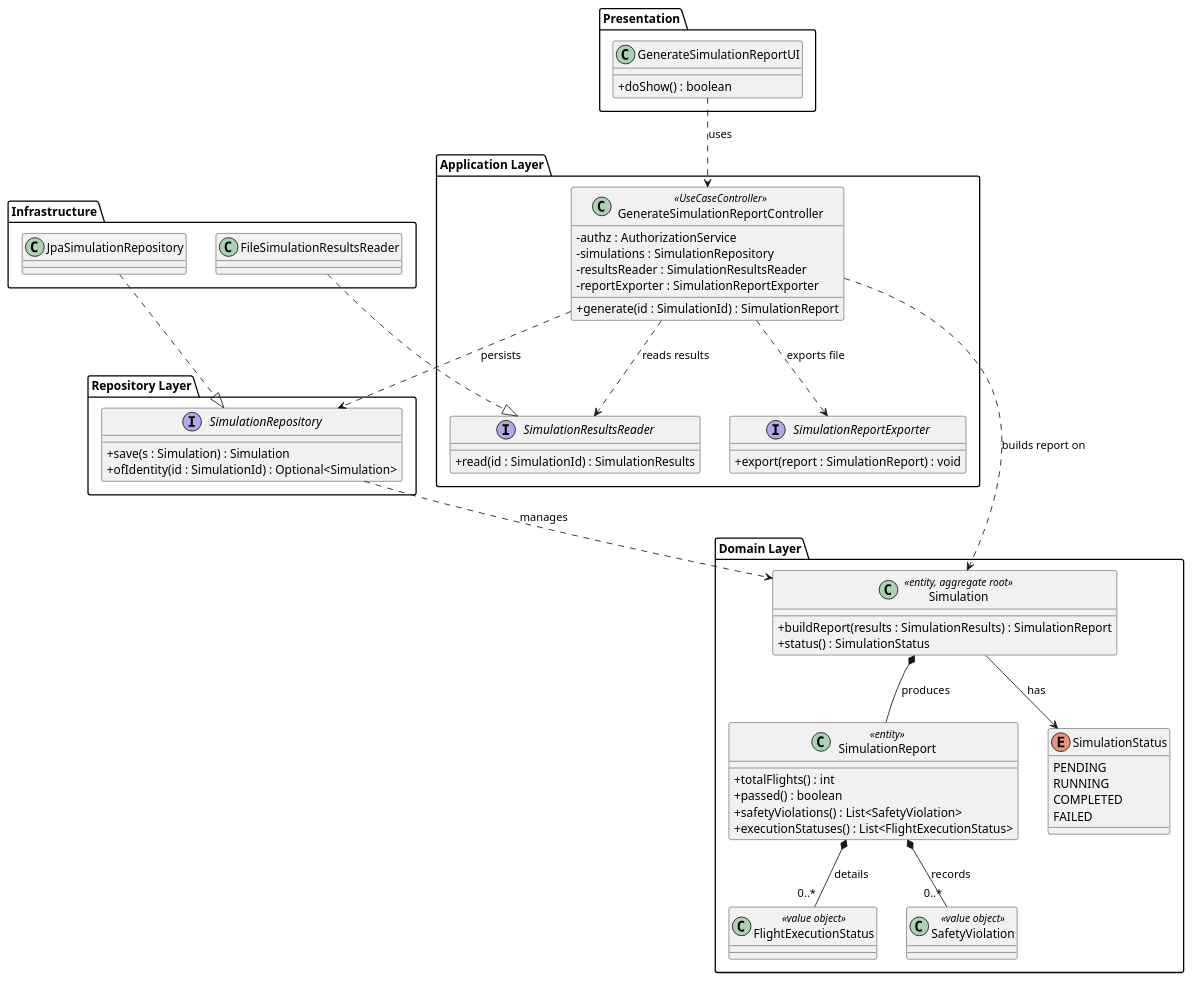
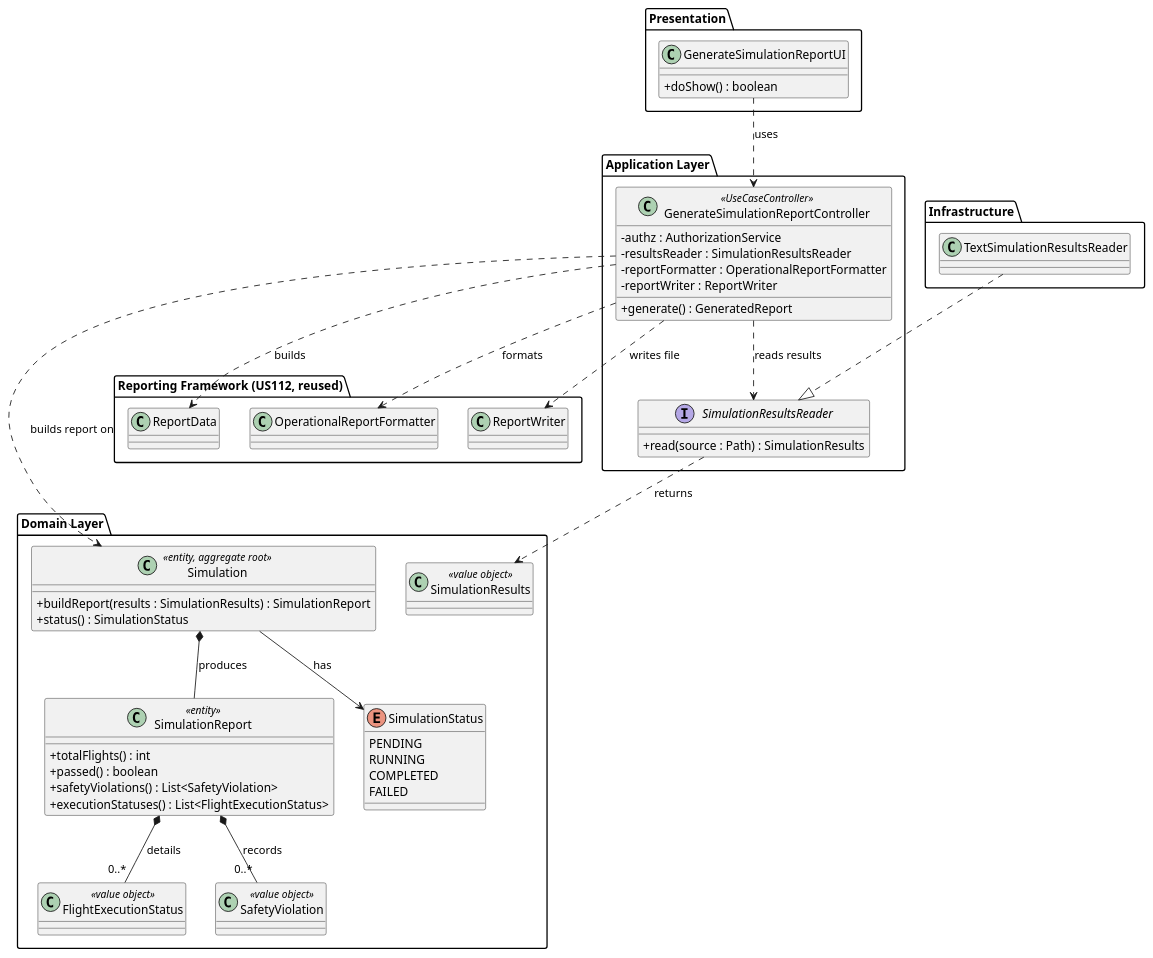
The diagram in aisafe.base/docs/user-stories/us111/puml/US111-class-diagram.puml (brunodspinto/aisafe), drawn with PlantUML before and after one commit. The commit also changed 4 other files, not shown here.

Commit message:
#56 feat: update principles and documentation for simulation report generation and framework reuse

```diff
--- a/aisafe.base/docs/user-stories/us111/puml/US111-class-diagram.puml
+++ b/aisafe.base/docs/user-stories/us111/puml/US111-class-diagram.puml
@@ -1,77 +1,72 @@
 @startuml class-diagram-us111
 skinparam shadowing false
 skinparam classAttributeIconSize 0
 
 package "Presentation" {
     class GenerateSimulationReportUI {
         +doShow() : boolean
     }
 }
 
 package "Application Layer" {
     class GenerateSimulationReportController <<UseCaseController>> {
         -authz : AuthorizationService
-        -simulations : SimulationRepository
         -resultsReader : SimulationResultsReader
-        -reportExporter : SimulationReportExporter
-        +generate(id : SimulationId) : SimulationReport
+        -reportFormatter : OperationalReportFormatter
+        -reportWriter : ReportWriter
+        +generate() : GeneratedReport
     }
 
     interface SimulationResultsReader {
-        +read(id : SimulationId) : SimulationResults
-    }
-
-    interface SimulationReportExporter {
-        +export(report : SimulationReport) : void
+        +read(source : Path) : SimulationResults
     }
 }
 
 package "Domain Layer" {
     class Simulation <<entity, aggregate root>> {
         +buildReport(results : SimulationResults) : SimulationReport
         +status() : SimulationStatus
     }
 
     class SimulationReport <<entity>> {
         +totalFlights() : int
         +passed() : boolean
         +safetyViolations() : List<SafetyViolation>
         +executionStatuses() : List<FlightExecutionStatus>
     }
 
     class FlightExecutionStatus <<value object>>
     class SafetyViolation <<value object>>
+    class SimulationResults <<value object>>
     enum SimulationStatus {
         PENDING
         RUNNING
         COMPLETED
         FAILED
     }
 }
 
-package "Repository Layer" {
-    interface SimulationRepository {
-        +save(s : Simulation) : Simulation
-        +ofIdentity(id : SimulationId) : Optional<Simulation>
-    }
+package "Infrastructure" {
+    class TextSimulationResultsReader
 }
 
-package "Infrastructure" {
-    class FileSimulationResultsReader
-    class JpaSimulationRepository
+package "Reporting Framework (US112, reused)" {
+    class ReportData
+    class OperationalReportFormatter
+    class ReportWriter
 }
 
 GenerateSimulationReportUI ..> GenerateSimulationReportController : uses
-GenerateSimulationReportController ..> SimulationRepository : persists
 GenerateSimulationReportController ..> SimulationResultsReader : reads results
-GenerateSimulationReportController ..> SimulationReportExporter : exports file
 GenerateSimulationReportController ..> Simulation : builds report on
+GenerateSimulationReportController ..> ReportData : builds
+GenerateSimulationReportController ..> OperationalReportFormatter : formats
+GenerateSimulationReportController ..> ReportWriter : writes file
 Simulation *-- SimulationReport : produces
 Simulation --> SimulationStatus : has
 SimulationReport *-- "0..*" SafetyViolation : records
 SimulationReport *-- "0..*" FlightExecutionStatus : details
-SimulationRepository ..> Simulation : manages
-FileSimulationResultsReader ..|> SimulationResultsReader
-JpaSimulationRepository ..|> SimulationRepository
+TextSimulationResultsReader ..|> SimulationResultsReader
+SimulationResultsReader ..> SimulationResults : returns
 
 @enduml
```
